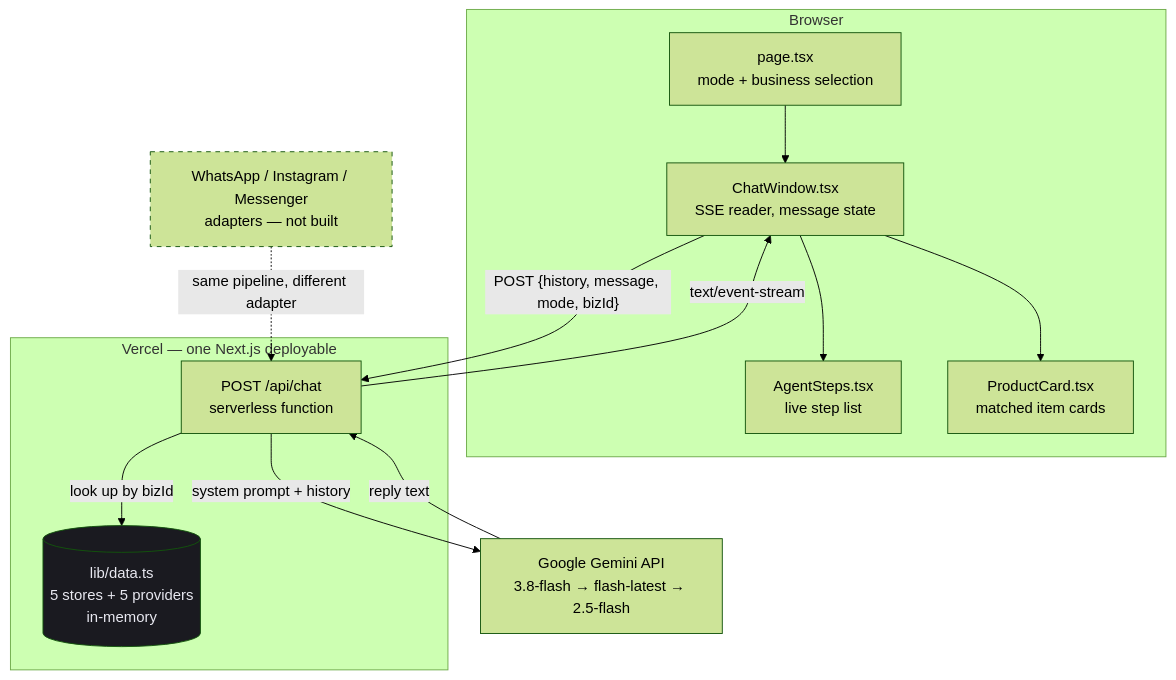
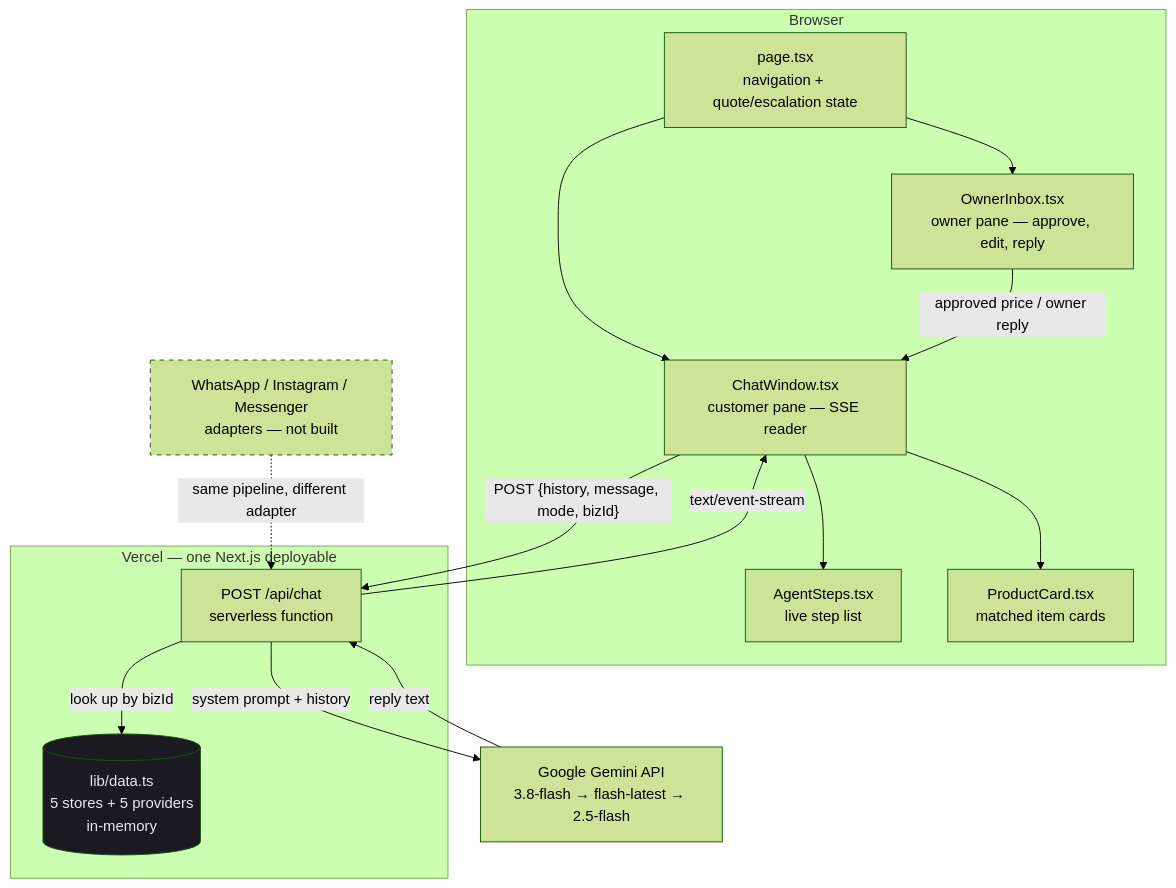
Before and after one commit to syedd176/rivon-agent: the first of 5 diagrams in IMPLEMENTATION.md, drawn with Mermaid (forest theme). The commit also changed other lines of this file, not shown here.

First line of the commit message:
Document the owner approval loop

````diff
--- a/IMPLEMENTATION.md
+++ b/IMPLEMENTATION.md
@@ -186,31 +240,34 @@
 ```mermaid
 flowchart TB
     subgraph browser["Browser"]
-        UI["page.tsx<br/>mode + business selection"]
-        CW["ChatWindow.tsx<br/>SSE reader, message state"]
+        UI["page.tsx<br/>navigation + quote/escalation state"]
+        CW["ChatWindow.tsx<br/>customer pane — SSE reader"]
         AS["AgentSteps.tsx<br/>live step list"]
         IC["ProductCard.tsx<br/>matched item cards"]
+        OI["OwnerInbox.tsx<br/>owner pane — approve, edit, reply"]
         CW --> AS
         CW --> IC
         UI --> CW
+        UI --> OI
+        OI -->|"approved price / owner reply"| CW
     end
 
     subgraph vercel["Vercel — one Next.js deployable"]
         API["POST /api/chat<br/>serverless function"]
         DATA[("lib/data.ts<br/>5 stores + 5 providers<br/>in-memory")]
         API -->|"look up by bizId"| DATA
     end
 
     GEM["Google Gemini API<br/>3.8-flash → flash-latest → 2.5-flash"]
 
     CW -->|"POST {history, message, mode, bizId}"| API
     API -->|"text/event-stream"| CW
     API -->|"system prompt + history"| GEM
     GEM -->|"reply text"| API
 
     FUTURE["WhatsApp / Instagram / Messenger<br/>adapters — not built"]
     FUTURE -.->|"same pipeline, different adapter"| API
 
     style FUTURE stroke-dasharray: 5 5
     style DATA fill:#1a1a20,color:#e8e8f0
 ```
````
